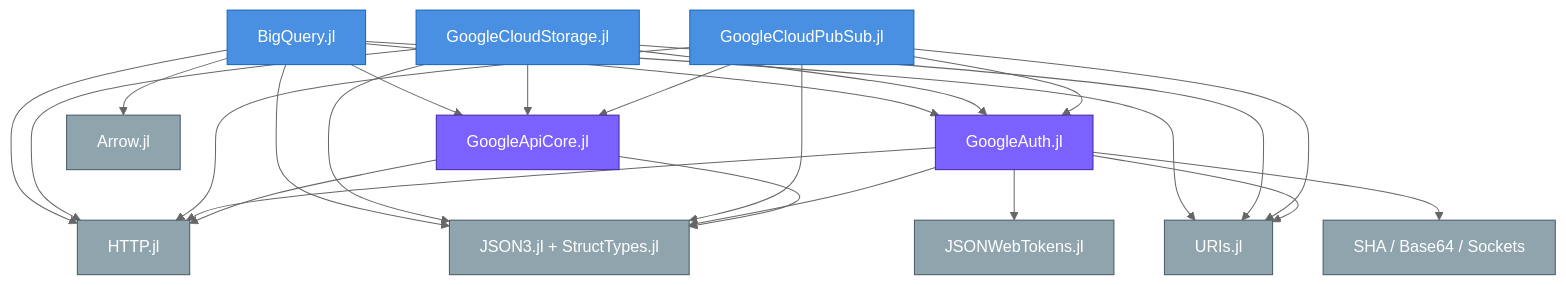
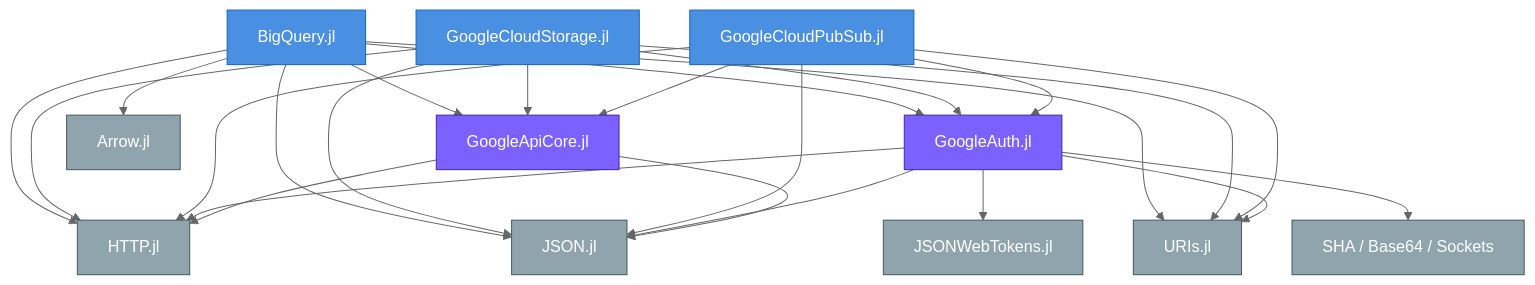
The first of 15 diagrams in ARCHITECTURE.md (takuizum/GoogleCloudAPIs.jl), drawn with Mermaid (neutral theme) before and after one commit. The commit also changed other lines of this file and 31 other files, not shown here.

````diff
--- a/ARCHITECTURE.md
+++ b/ARCHITECTURE.md
@@ -92,52 +92,52 @@
 ```mermaid
 graph TD
     BQ[BigQuery.jl]
     GCS[GoogleCloudStorage.jl]
     PS[GoogleCloudPubSub.jl]
 
     AUTH[GoogleAuth.jl]
     CORE[GoogleApiCore.jl]
 
     HTTP[HTTP.jl]
-    JSON[JSON3.jl + StructTypes.jl]
+    JSON[JSON.jl]
     JWT[JSONWebTokens.jl]
     URIS[URIs.jl]
     ARROW[Arrow.jl]
     SHA[SHA / Base64 / Sockets]
 
     BQ --> AUTH
     BQ --> CORE
     BQ --> ARROW
     BQ --> HTTP
     BQ --> JSON
     BQ --> URIS
 
     GCS --> AUTH
     GCS --> CORE
     GCS --> HTTP
     GCS --> JSON
     GCS --> URIS
 
     PS --> AUTH
     PS --> CORE
     PS --> HTTP
     PS --> JSON
     PS --> URIS
 
     AUTH --> HTTP
     AUTH --> JSON
     AUTH --> JWT
     AUTH --> URIS
     AUTH --> SHA
 
     CORE --> HTTP
     CORE --> JSON
 
     classDef svc fill:#4A90E2,stroke:#1565C0,color:#fff
     classDef base fill:#7B61FF,stroke:#4527A0,color:#fff
     classDef ext fill:#90A4AE,stroke:#455A64,color:#fff
 
     class BQ,GCS,PS svc
     class AUTH,CORE base
     class HTTP,JSON,JWT,URIS,ARROW,SHA ext
 ```
````
